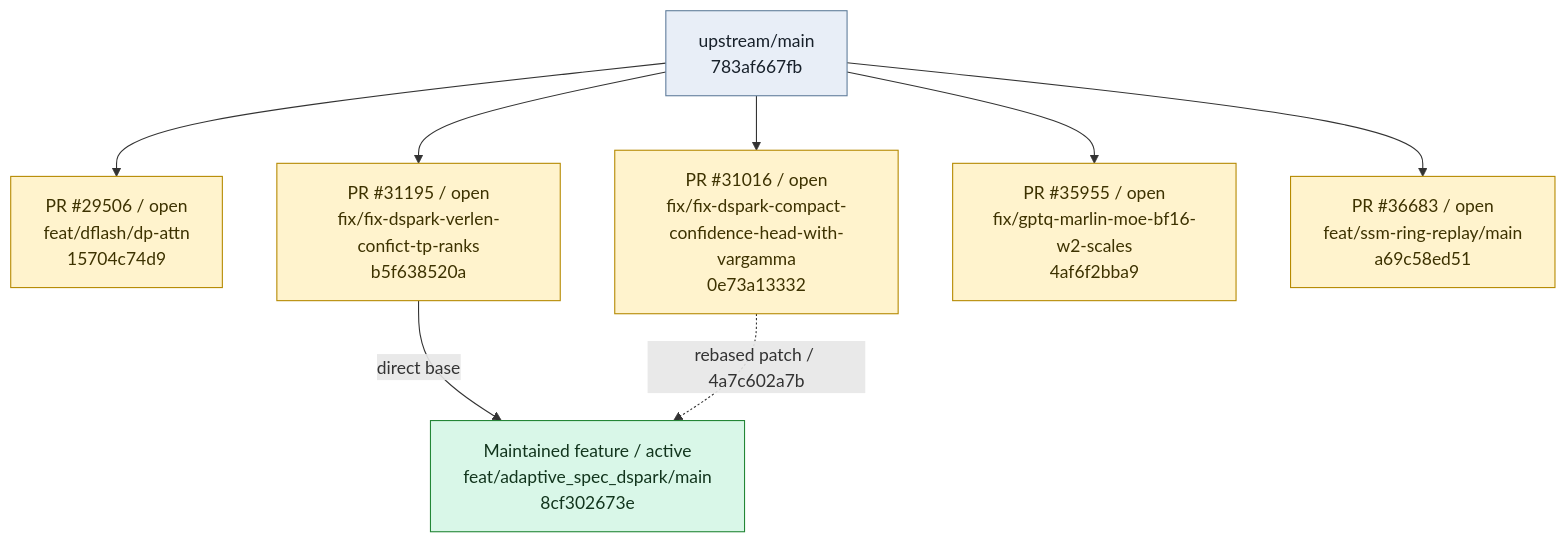
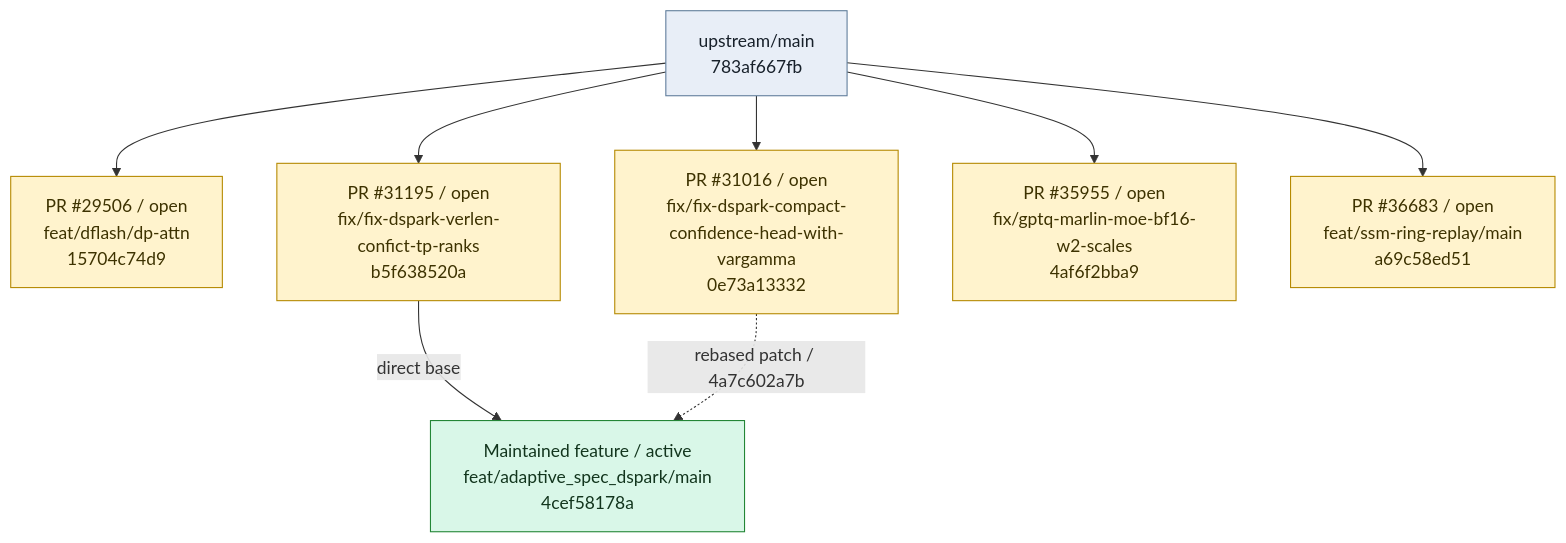
Before and after one commit to EanWang211123/sglang: the first of 2 diagrams in BRANCH_GRAPH.md, drawn with Mermaid. The commit also changed other lines of this file and 2 other files, not shown here.

Commit message:
meta: record DSpark decode graph profiling fix

````diff
--- a/BRANCH_GRAPH.md
+++ b/BRANCH_GRAPH.md
@@ -11,29 +11,29 @@
 ```mermaid
 flowchart TD
     base_upstream_main["upstream/main<br/>783af667fb"]
     branch_dflash_dp_attn["PR #29506 / open<br/>feat/dflash/dp-attn<br/>15704c74d9"]
     base_upstream_main --> branch_dflash_dp_attn
     click branch_dflash_dp_attn "https://github.com/sgl-project/sglang/pull/29506"
     branch_dspark_tp_budget_sync["PR #31195 / open<br/>fix/fix-dspark-verlen-confict-tp-ranks<br/>b5f638520a"]
     base_upstream_main --> branch_dspark_tp_budget_sync
     click branch_dspark_tp_budget_sync "https://github.com/sgl-project/sglang/pull/31195"
     branch_dspark_runtime_gamma["PR #31016 / open<br/>fix/fix-dspark-compact-confidence-head-with-vargamma<br/>0e73a13332"]
     base_upstream_main --> branch_dspark_runtime_gamma
     click branch_dspark_runtime_gamma "https://github.com/sgl-project/sglang/pull/31016"
     branch_gptq_marlin_moe_bf16_w2_scales["PR #35955 / open<br/>fix/gptq-marlin-moe-bf16-w2-scales<br/>4af6f2bba9"]
     base_upstream_main --> branch_gptq_marlin_moe_bf16_w2_scales
     click branch_gptq_marlin_moe_bf16_w2_scales "https://github.com/sgl-project/sglang/pull/35955"
     branch_replayssm_dflash_dspark["PR #36683 / open<br/>feat/ssm-ring-replay/main<br/>a69c58ed51"]
     base_upstream_main --> branch_replayssm_dflash_dspark
     click branch_replayssm_dflash_dspark "https://github.com/sgl-project/sglang/pull/36683"
-    branch_dspark_adaptive["Maintained feature / active<br/>feat/adaptive_spec_dspark/main<br/>8cf302673e"]
+    branch_dspark_adaptive["Maintained feature / active<br/>feat/adaptive_spec_dspark/main<br/>4cef58178a"]
     click branch_dspark_adaptive "https://github.com/EanWang211123/sglang/tree/feat/adaptive_spec_dspark/main"
     branch_dspark_tp_budget_sync -->|"direct base"| branch_dspark_adaptive
     branch_dspark_runtime_gamma -.->|"rebased patch / 4a7c602a7b"| branch_dspark_adaptive
     classDef base fill:#e8eef7,stroke:#607d9b,color:#17202a
     classDef pr fill:#fff3cd,stroke:#b58900,color:#3d3200
     classDef feature fill:#d9f7e8,stroke:#238636,color:#12351d
     class base_upstream_main base
     class branch_dflash_dp_attn,branch_dspark_tp_budget_sync,branch_dspark_runtime_gamma,branch_gptq_marlin_moe_bf16_w2_scales,branch_replayssm_dflash_dspark pr
     class branch_dspark_adaptive feature
 ```
````
